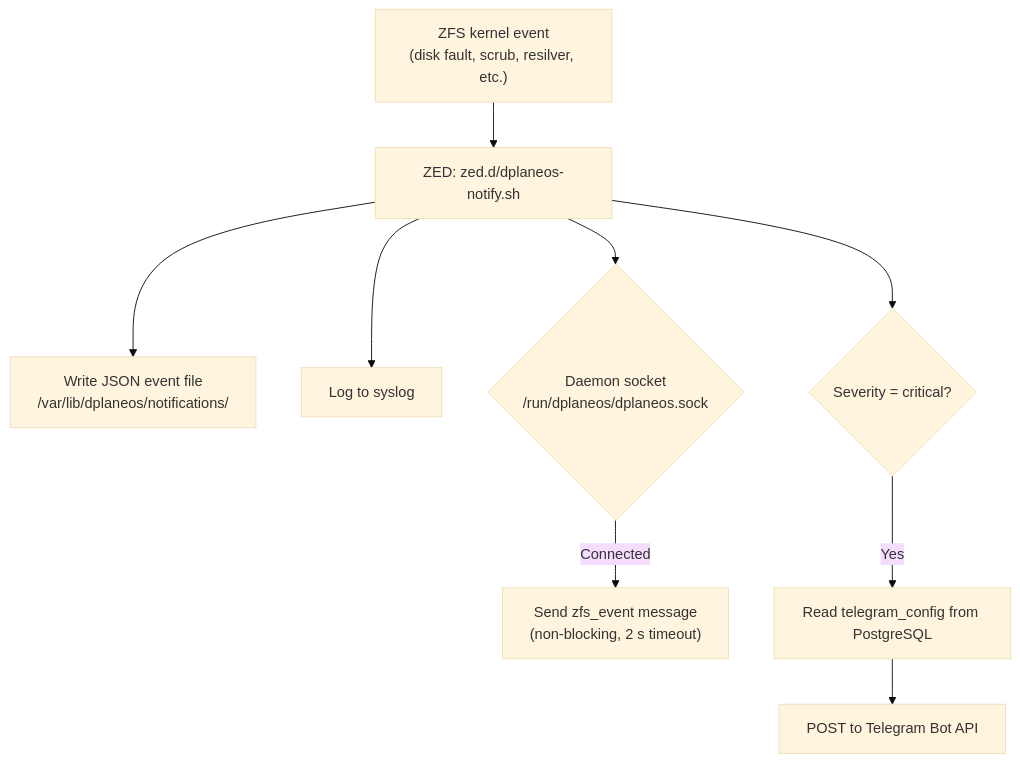
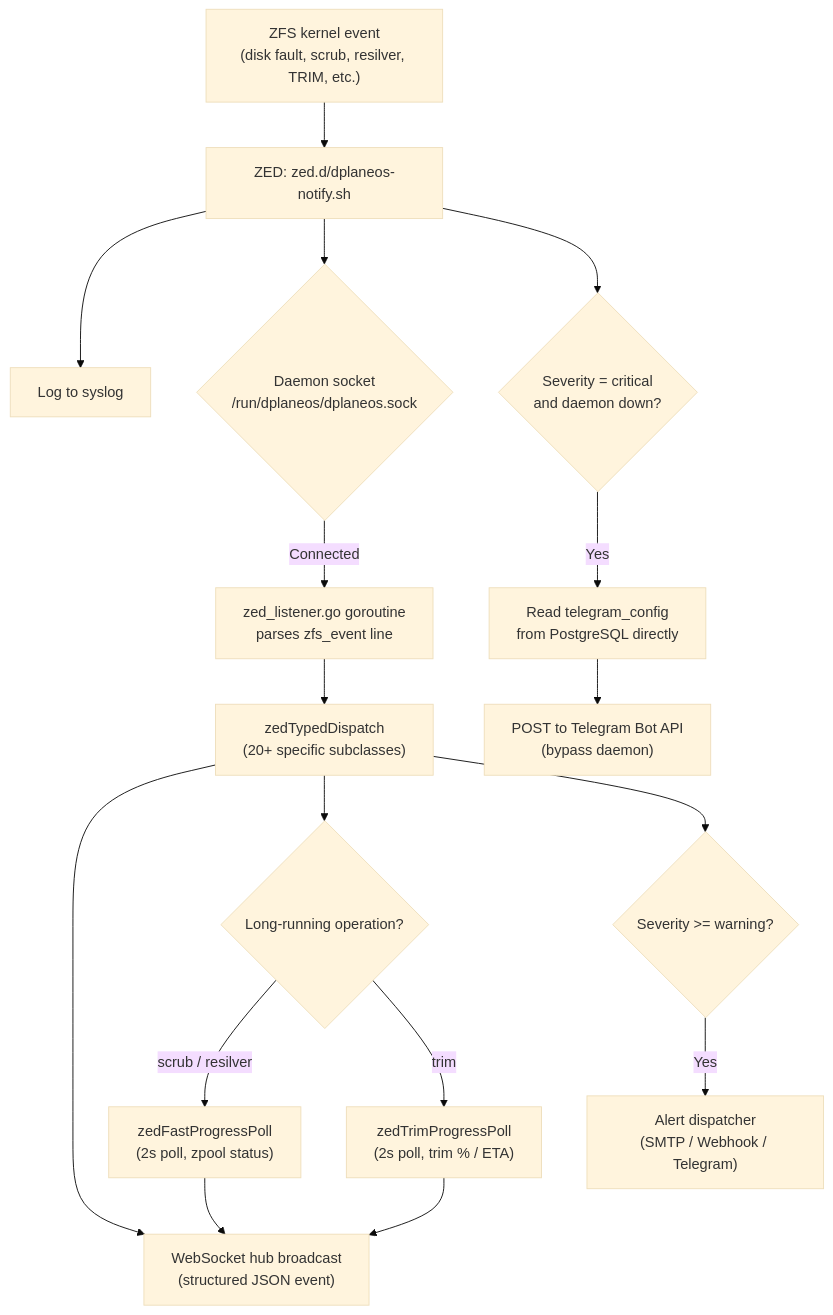
One commit to 4nonX/DPlaneOS changed the fifth of 6 diagrams in docs/development/CODEBASE-DIAGRAM.md. Above: the diagram before and after it, drawn with Mermaid. The commit also changed other lines of this file and 6 other files, not shown here.

````diff
--- a/docs/development/CODEBASE-DIAGRAM.md
+++ b/docs/development/CODEBASE-DIAGRAM.md
@@ -132,12 +152,20 @@
 ```mermaid
 %%{init: {'theme':'base'}}%%
 flowchart TD
-    A["ZFS kernel event\n(disk fault, scrub, resilver, etc.)"] --> B["ZED: zed.d/dplaneos-notify.sh"]
-    B --> C["Write JSON event file\n/var/lib/dplaneos/notifications/"]
-    B --> D["Log to syslog"]
-    B --> E{"Daemon socket\n/run/dplaneos/dplaneos.sock"}
-    E -->|Connected| F["Send zfs_event message\n(non-blocking, 2 s timeout)"]
-    B --> G{"Severity = critical?"}
-    G -->|Yes| H["Read telegram_config from PostgreSQL"]
-    H --> I["POST to Telegram Bot API"]
+    A["ZFS kernel event\n(disk fault, scrub, resilver, TRIM, etc.)"] --> B["ZED: zed.d/dplaneos-notify.sh"]
+    B --> C["Log to syslog"]
+    B --> D{"Daemon socket\n/run/dplaneos/dplaneos.sock"}
+    D -->|Connected| E["zed_listener.go goroutine\nparses zfs_event line"]
+    E --> F["zedTypedDispatch\n(20+ specific subclasses)"]
+    F --> G["WebSocket hub broadcast\n(structured JSON event)"]
+    F --> H{"Long-running operation?"}
+    H -->|scrub / resilver| I["zedFastProgressPoll\n(2s poll, zpool status)"]
+    H -->|trim| J["zedTrimProgressPoll\n(2s poll, trim % / ETA)"]
+    I --> G
+    J --> G
+    F --> K{"Severity >= warning?"}
+    K -->|Yes| L["Alert dispatcher\n(SMTP / Webhook / Telegram)"]
+    B --> M{"Severity = critical\nand daemon down?"}
+    M -->|Yes| N["Read telegram_config\nfrom PostgreSQL directly"]
+    N --> O["POST to Telegram Bot API\n(bypass daemon)"]
 ```
````
